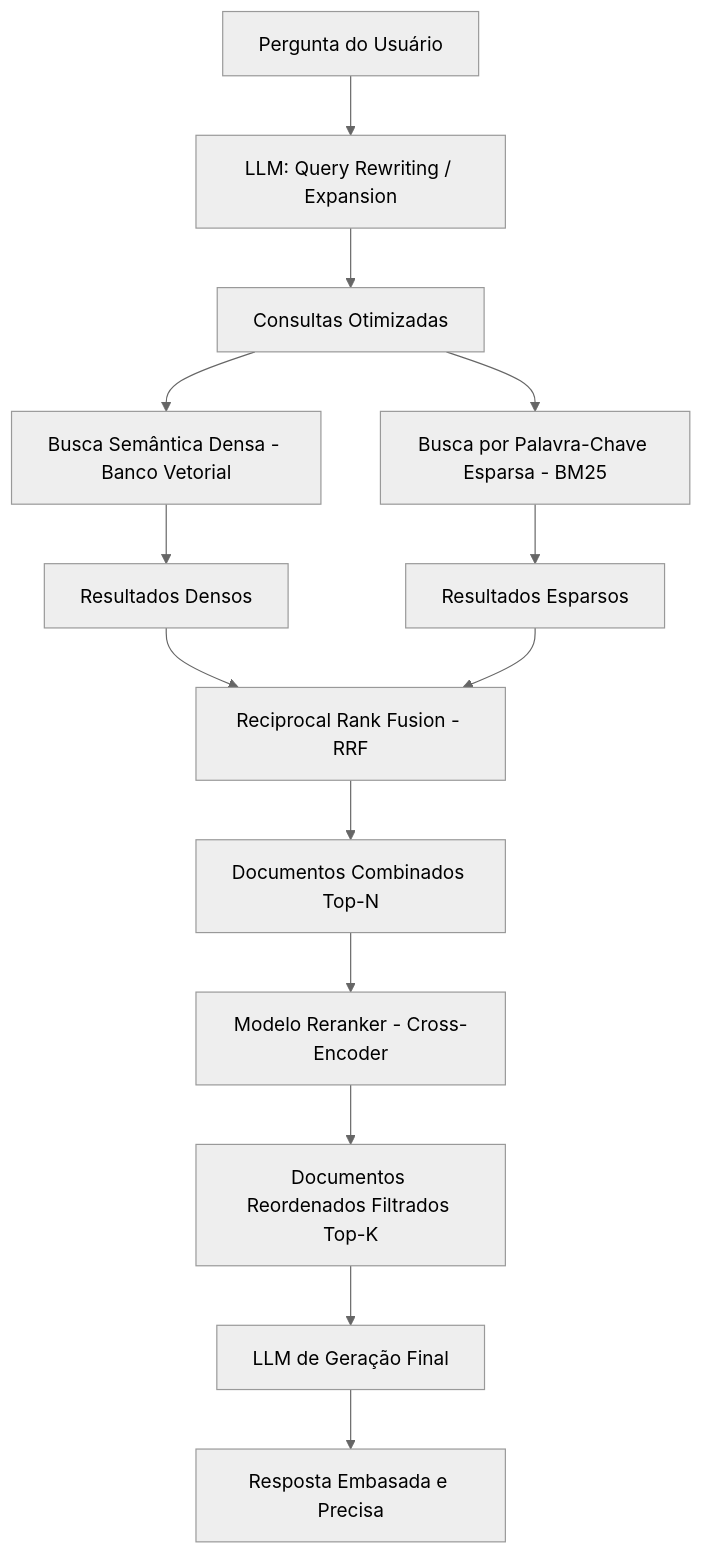
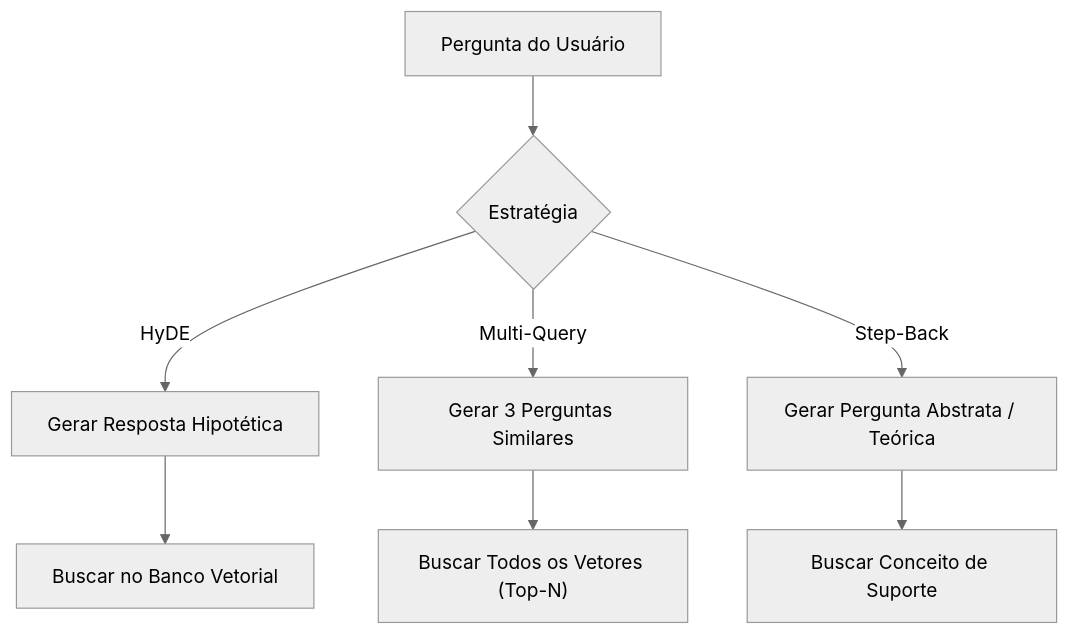
Before and after one commit to gsantosc18/so-resta-estudar: the first of 2 diagrams in ai-development/02-retrieval-augmented-generation/03-advanced-rag-techniques.md, drawn with Mermaid (neutral theme). The commit also changed other lines of this file and 11 other files, not shown here.

Commit message:
docs: expand prompt engineering curriculum with advanced techniques and update study progress roadmap

````diff
--- a/ai-development/02-retrieval-augmented-generation/03-advanced-rag-techniques.md
+++ b/ai-development/02-retrieval-augmented-generation/03-advanced-rag-techniques.md
@@ -38,16 +25,7 @@
 ```mermaid
 flowchart TD
-    A["Pergunta do Usuário"] --> B["LLM: Query Rewriting / Expansion"]
-    B --> C["Consultas Otimizadas"]
-    C --> D["Busca Semântica Densa - Banco Vetorial"]
-    C --> E["Busca por Palavra-Chave Esparsa - BM25"]
-    D --> F["Resultados Densos"]
-    E --> G["Resultados Esparsos"]
-    F --> H["Reciprocal Rank Fusion - RRF"]
-    G --> H
-    H --> I["Documentos Combinados Top-N"]
-    I --> J["Modelo Reranker - Cross-Encoder"]
-    J --> K["Documentos Reordenados Filtrados Top-K"]
-    K --> L["LLM de Geração Final"]
-    L --> M["Resposta Embasada e Precisa"]
+    RawQuery["Pergunta do Usuário"] --> Choice{"Estratégia"}
+    Choice --> |HyDE| HyDE["Gerar Resposta Hipotética"] --> SearchHyDE["Buscar no Banco Vetorial"]
+    Choice --> |Multi-Query| MQ["Gerar 3 Perguntas Similares"] --> SearchMQ["Buscar Todos os Vetores (Top-N)"]
+    Choice --> |Step-Back| SB["Gerar Pergunta Abstrata / Teórica"] --> SearchSB["Buscar Conceito de Suporte"]
 ```
````
